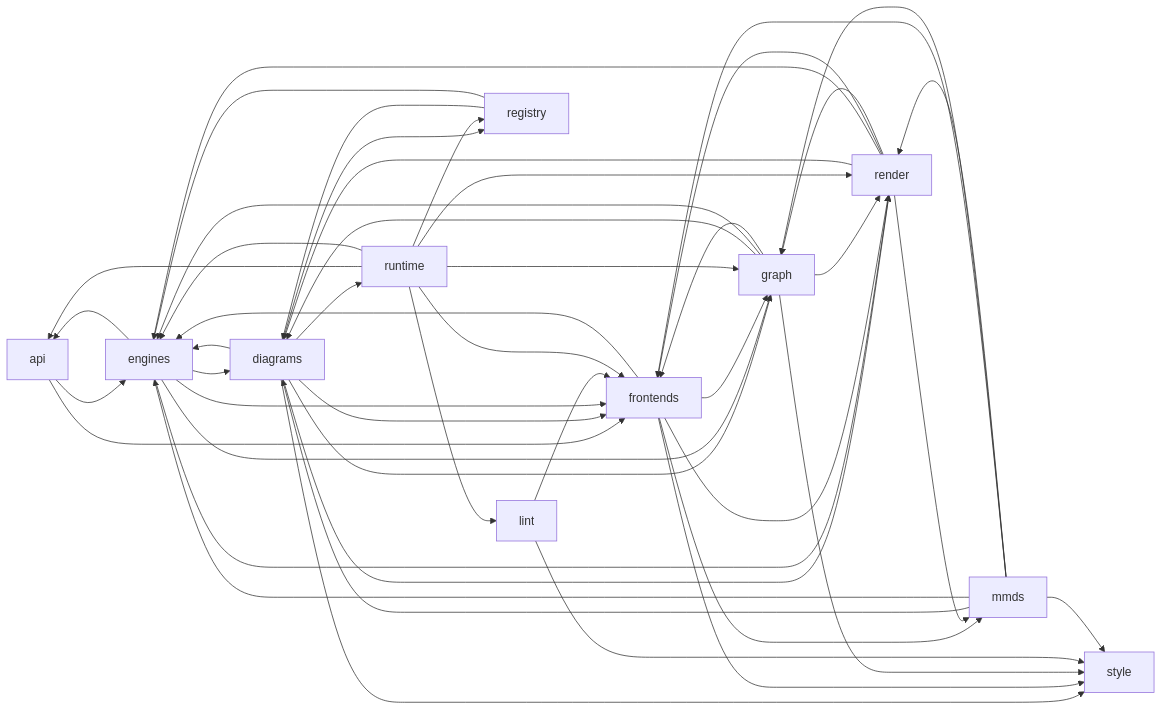
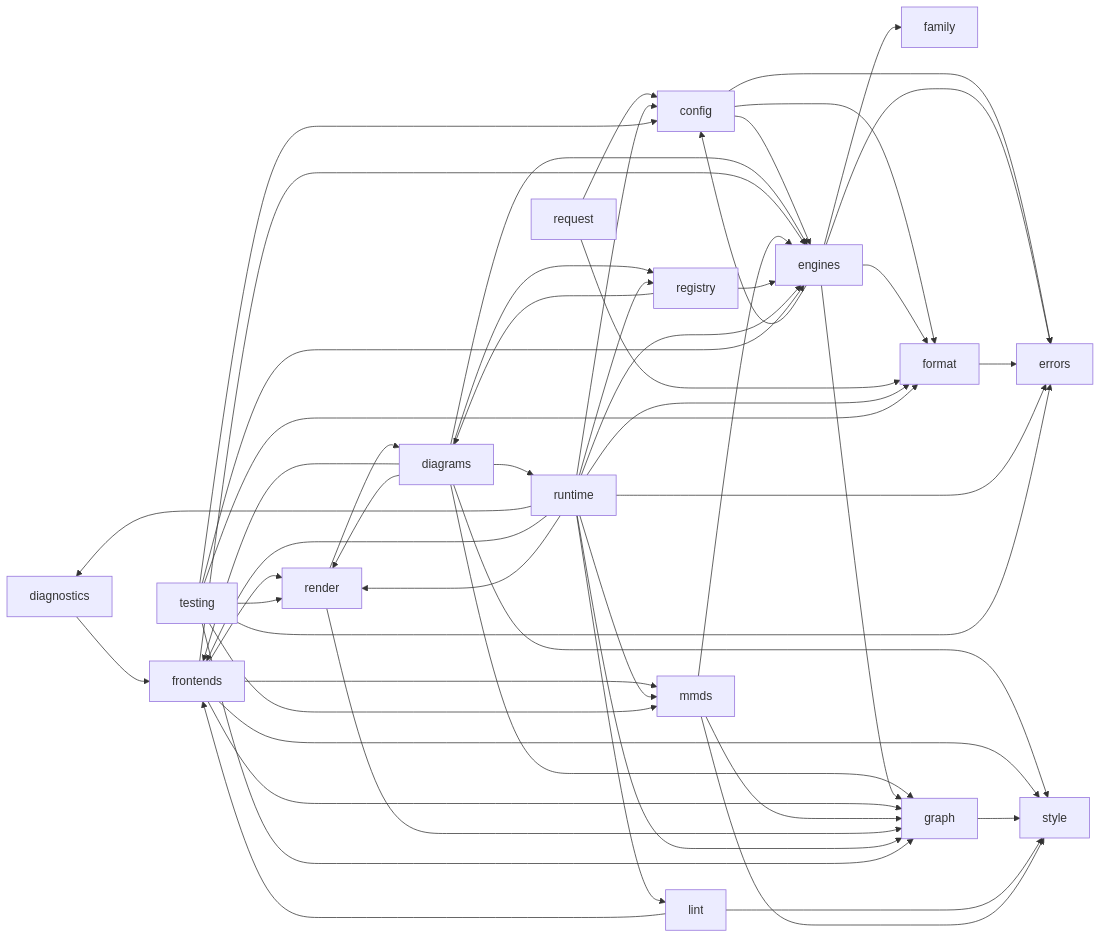
The diagram in docs/architecture/module-dependency-map.mmd (kevinswiber/mmdflux), drawn with Mermaid before and after one commit. The commit also changed 79 other files, not shown here.

First line of the commit message:
refactor(architecture): finish render boundary split and lock it in

```diff
--- a/docs/architecture/module-dependency-map.mmd
+++ b/docs/architecture/module-dependency-map.mmd
@@ -1,61 +1,73 @@
 %% Generated by scripts/generate-rust-module-deps.py
 %% crate-root: src/lib.rs
 %% max-depth: 1
 flowchart LR
-    mod_api["api"]
+    mod_config["config"]
+    mod_diagnostics["diagnostics"]
     mod_diagrams["diagrams"]
     mod_engines["engines"]
+    mod_errors["errors"]
+    mod_family["family"]
+    mod_format["format"]
     mod_frontends["frontends"]
     mod_graph["graph"]
     mod_lint["lint"]
     mod_mmds["mmds"]
     mod_registry["registry"]
     mod_render["render"]
+    mod_request["request"]
     mod_runtime["runtime"]
     mod_style["style"]
-    mod_api --> mod_engines
-    mod_api --> mod_frontends
+    mod_testing["testing"]
+    mod_config --> mod_engines
+    mod_config --> mod_errors
+    mod_config --> mod_format
+    mod_diagnostics --> mod_frontends
     mod_diagrams --> mod_engines
     mod_diagrams --> mod_frontends
     mod_diagrams --> mod_graph
     mod_diagrams --> mod_registry
     mod_diagrams --> mod_render
     mod_diagrams --> mod_runtime
     mod_diagrams --> mod_style
-    mod_engines --> mod_api
-    mod_engines --> mod_diagrams
-    mod_engines --> mod_frontends
+    mod_engines --> mod_config
+    mod_engines --> mod_errors
+    mod_engines --> mod_family
+    mod_engines --> mod_format
     mod_engines --> mod_graph
-    mod_engines --> mod_render
+    mod_format --> mod_errors
     mod_frontends --> mod_engines
     mod_frontends --> mod_graph
     mod_frontends --> mod_mmds
     mod_frontends --> mod_render
     mod_frontends --> mod_style
-    mod_graph --> mod_diagrams
-    mod_graph --> mod_engines
-    mod_graph --> mod_frontends
-    mod_graph --> mod_render
     mod_graph --> mod_style
     mod_lint --> mod_frontends
     mod_lint --> mod_style
-    mod_mmds --> mod_diagrams
     mod_mmds --> mod_engines
-    mod_mmds --> mod_frontends
     mod_mmds --> mod_graph
-    mod_mmds --> mod_render
     mod_mmds --> mod_style
     mod_registry --> mod_diagrams
     mod_registry --> mod_engines
     mod_render --> mod_diagrams
-    mod_render --> mod_engines
-    mod_render --> mod_frontends
     mod_render --> mod_graph
-    mod_render --> mod_mmds
-    mod_runtime --> mod_api
+    mod_request --> mod_config
+    mod_request --> mod_format
+    mod_runtime --> mod_config
+    mod_runtime --> mod_diagnostics
     mod_runtime --> mod_engines
+    mod_runtime --> mod_errors
+    mod_runtime --> mod_format
     mod_runtime --> mod_frontends
     mod_runtime --> mod_graph
     mod_runtime --> mod_lint
+    mod_runtime --> mod_mmds
     mod_runtime --> mod_registry
     mod_runtime --> mod_render
+    mod_testing --> mod_config
+    mod_testing --> mod_engines
+    mod_testing --> mod_errors
+    mod_testing --> mod_format
+    mod_testing --> mod_graph
+    mod_testing --> mod_mmds
+    mod_testing --> mod_render
```
